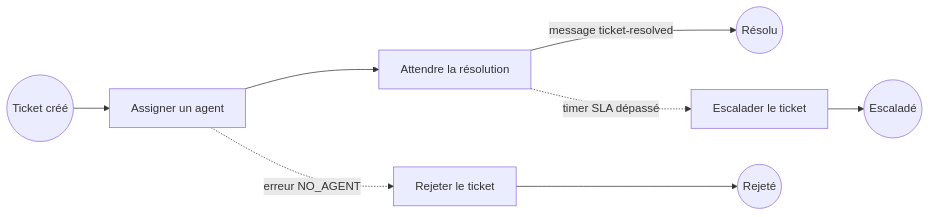
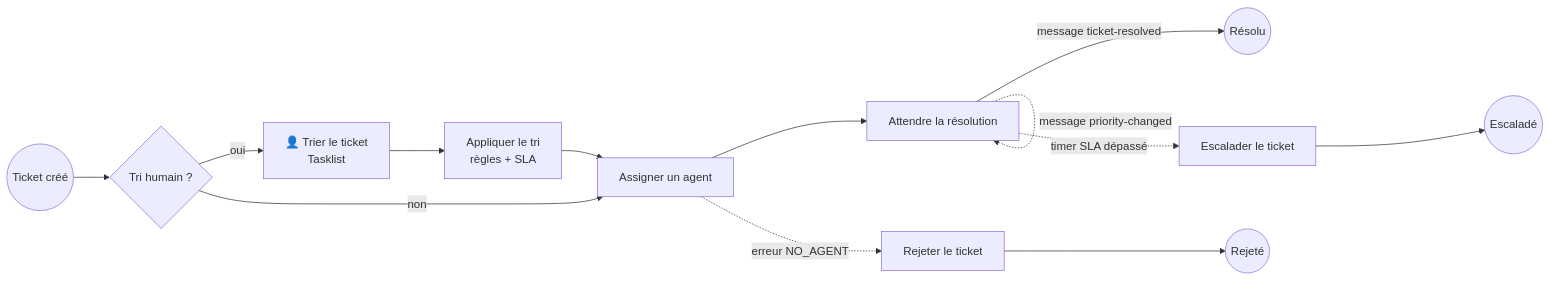
Before and after one commit to anasxaz/ticketflow: the fourth of 6 diagrams in README.md, drawn with Mermaid. The commit also changed other lines of this file, not shown here.

Commit message:
docs(readme): document hybrid triage, Tasklist, K8s fixes and known limits

````diff
--- a/README.md
+++ b/README.md
@@ -144,8 +195,11 @@
 ```mermaid
 flowchart LR
-    S((Ticket créé)) --> A[Assigner un agent]
+    S((Ticket créé)) --> G{Tri humain ?}
+    G -->|oui| TR[👤 Trier le ticket<br/>Tasklist] --> AP[Appliquer le tri<br/>règles + SLA] --> A
+    G -->|non| A[Assigner un agent]
     A --> W[Attendre la résolution]
     W -->|message ticket-resolved| R((Résolu))
+    W -. message priority-changed .-> W
     W -. timer SLA dépassé .-> E[Escalader le ticket] --> X((Escaladé))
     A -. erreur NO_AGENT .-> J[Rejeter le ticket] --> RJ((Rejeté))
 ```
````
